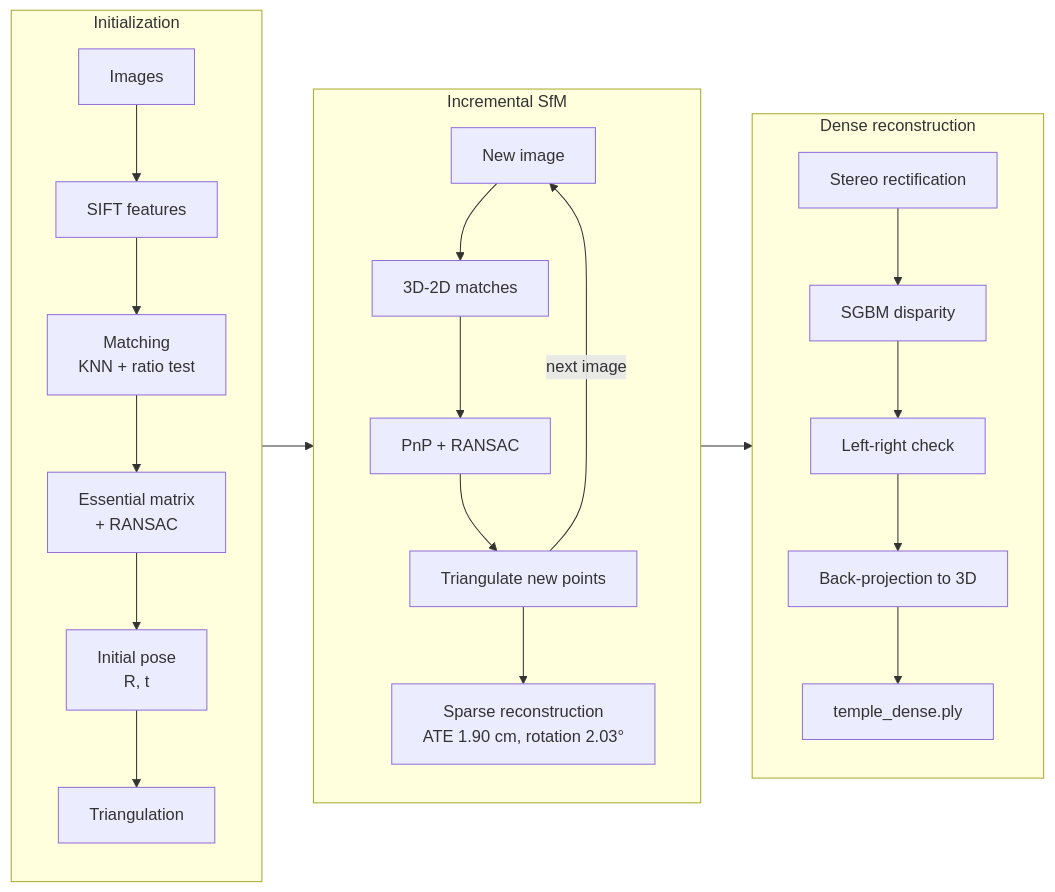
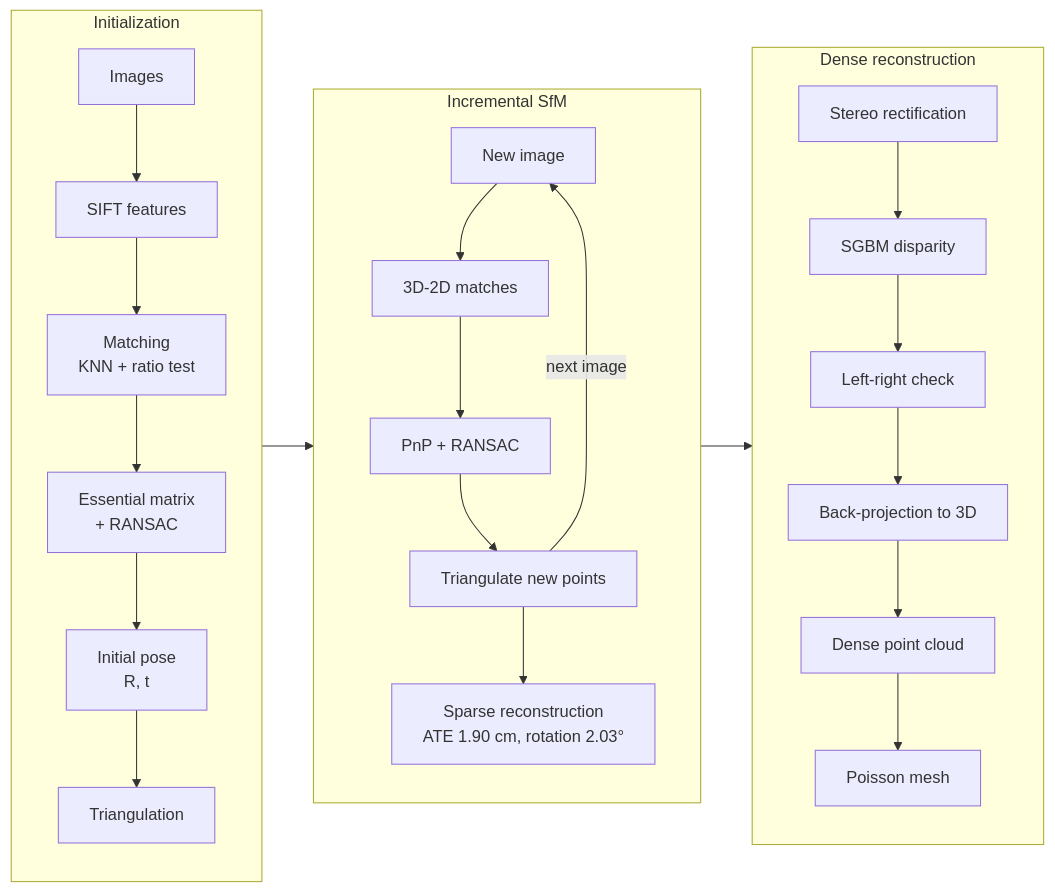
Before and after one commit to sensoyyasin/3D-Sfm-Stereo-Mesh: the diagram in README.md, drawn with Mermaid. The commit also changed other lines of this file, not shown here.

````diff
--- a/README.md
+++ b/README.md
@@ -9,30 +9,31 @@
 ```mermaid
 flowchart LR
     subgraph S1[Initialization]
         direction TB
         A[Images] --> B[SIFT features]
         B --> C[Matching<br/>KNN + ratio test]
         C --> D[Essential matrix<br/>+ RANSAC]
         D --> E[Initial pose<br/>R, t]
         E --> F[Triangulation]
     end
 
     subgraph S2[Incremental SfM]
         direction TB
         H[New image] --> I[3D-2D matches]
         I --> J[PnP + RANSAC]
         J --> L[Triangulate new points]
         L -->|next image| H
         L --> N[Sparse reconstruction<br/>ATE 1.90 cm, rotation 2.03°]
     end
 
     subgraph S3[Dense reconstruction]
         direction TB
         Q[Stereo rectification] --> R[SGBM disparity]
         R --> T[Left-right check]
         T --> U[Back-projection to 3D]
-        U --> V[temple_dense.ply]
+        U --> V[Dense point cloud]
+        V --> W[Poisson mesh]
     end
 
     S1 --> S2 --> S3
 ```
````
